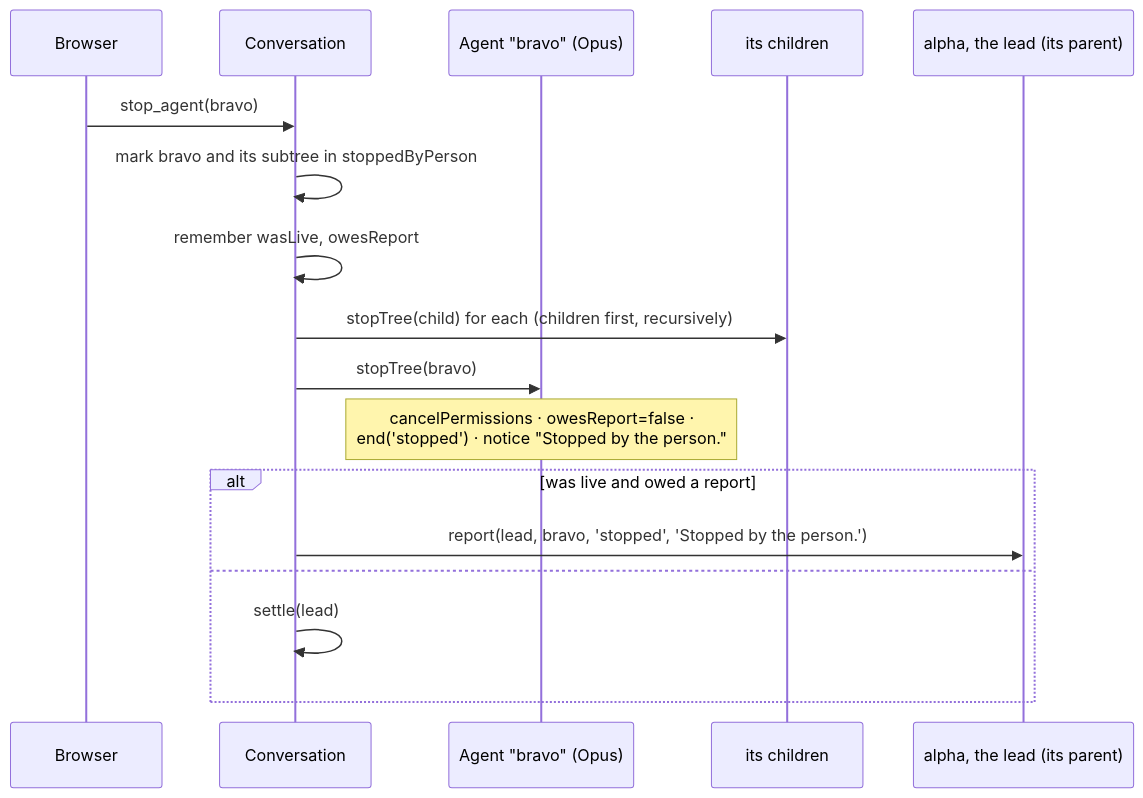
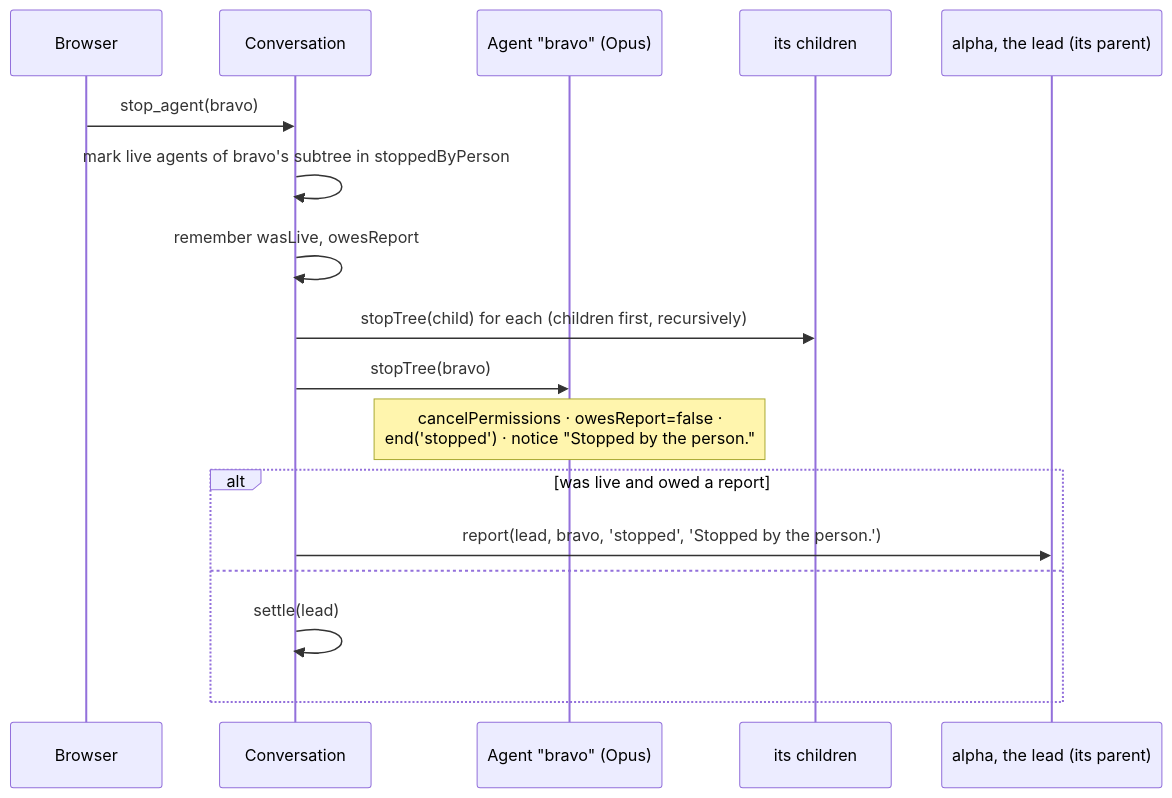
The diagram in docs/wiki/Walkthrough-Stopping-an-Agent.md (Luxorium/masthead), drawn with Mermaid before and after one commit. The commit also changed other lines of this file and 66 other files, not shown here.

````diff
--- a/docs/wiki/Walkthrough-Stopping-an-Agent.md
+++ b/docs/wiki/Walkthrough-Stopping-an-Agent.md
@@ -9,19 +9,19 @@
 ```mermaid
 sequenceDiagram
   participant B as Browser
   participant C as Conversation
   participant X as Agent "bravo" (Opus)
   participant K as its children
   participant L as alpha, the lead (its parent)
   B->>C: stop_agent(bravo)
-  C->>C: mark bravo and its subtree in stoppedByPerson
+  C->>C: mark live agents of bravo's subtree in stoppedByPerson
   C->>C: remember wasLive, owesReport
   C->>K: stopTree(child) for each (children first, recursively)
   C->>X: stopTree(bravo)
   Note over X: cancelPermissions · owesReport=false ·<br/>end('stopped') · notice "Stopped by the person."
   alt was live and owed a report
     C->>L: report(lead, bravo, 'stopped', 'Stopped by the person.')
   else
     C->>C: settle(lead)
   end
 ```
````
